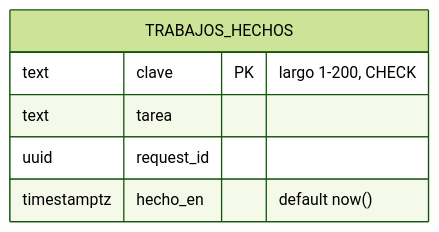
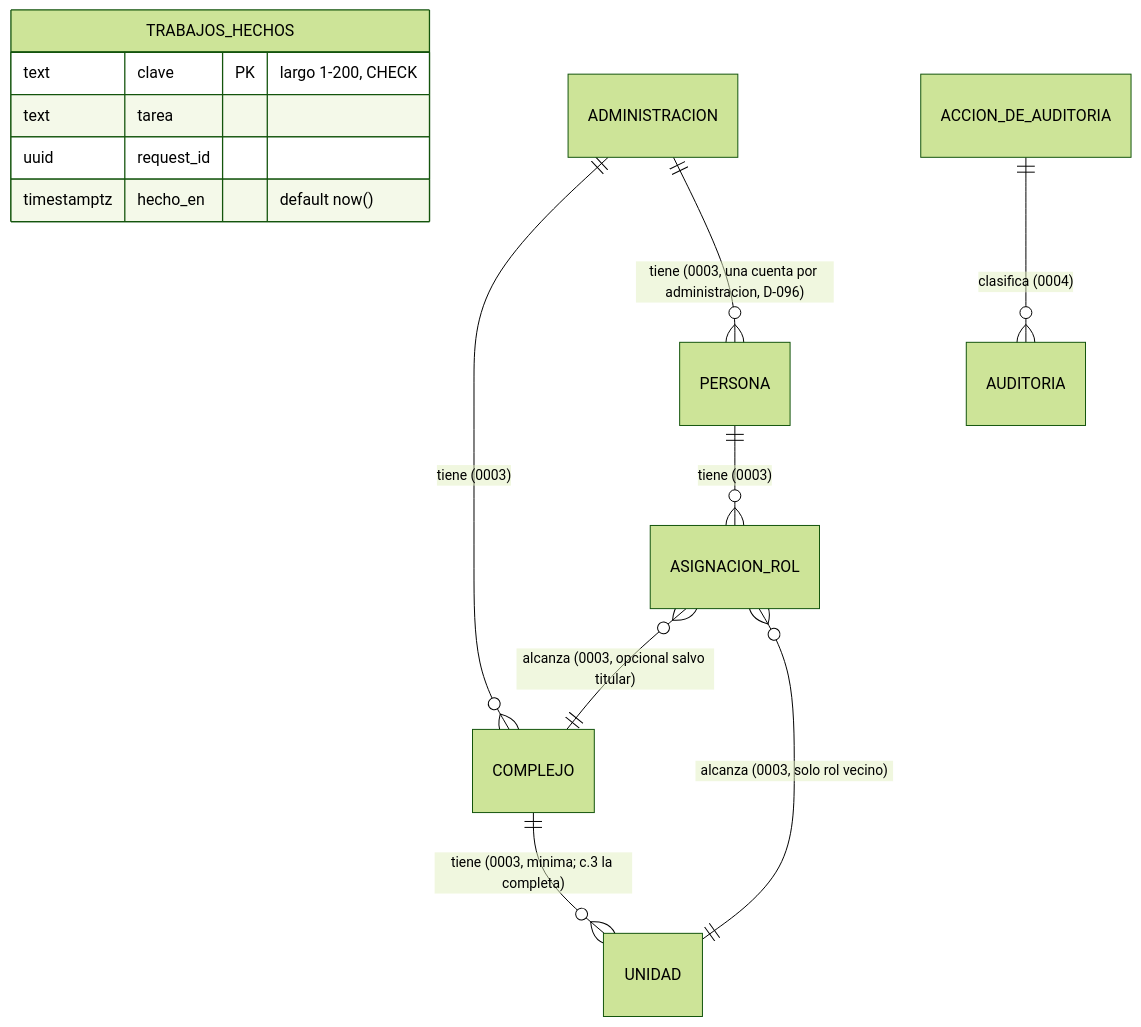
One commit to JuaniSarmiento/proptech changed the first of 2 diagrams in knowledge-base/04_modelo_de_datos.md. Above: the diagram before and after it, drawn with Mermaid (forest theme). The commit also changed other lines of this file and 27 other files, not shown here.

First line of the commit message:
docs(openspec): archivar el 2a aislamiento-por-administracion (D-098)

````diff
--- a/knowledge-base/04_modelo_de_datos.md
+++ b/knowledge-base/04_modelo_de_datos.md
@@ -35,9 +36,16 @@
 ```mermaid
 erDiagram
     TRABAJOS_HECHOS {
         text clave PK "largo 1-200, CHECK"
         text tarea
         uuid request_id
         timestamptz hecho_en "default now()"
     }
+    ADMINISTRACION ||--o{ COMPLEJO : "tiene (0003)"
+    ADMINISTRACION ||--o{ PERSONA : "tiene (0003, una cuenta por administracion, D-096)"
+    COMPLEJO ||--o{ UNIDAD : "tiene (0003, minima; c.3 la completa)"
+    PERSONA ||--o{ ASIGNACION_ROL : "tiene (0003)"
+    ASIGNACION_ROL }o--|| COMPLEJO : "alcanza (0003, opcional salvo titular)"
+    ASIGNACION_ROL }o--|| UNIDAD : "alcanza (0003, solo rol vecino)"
+    ACCION_DE_AUDITORIA ||--o{ AUDITORIA : "clasifica (0004)"
 ```
````
